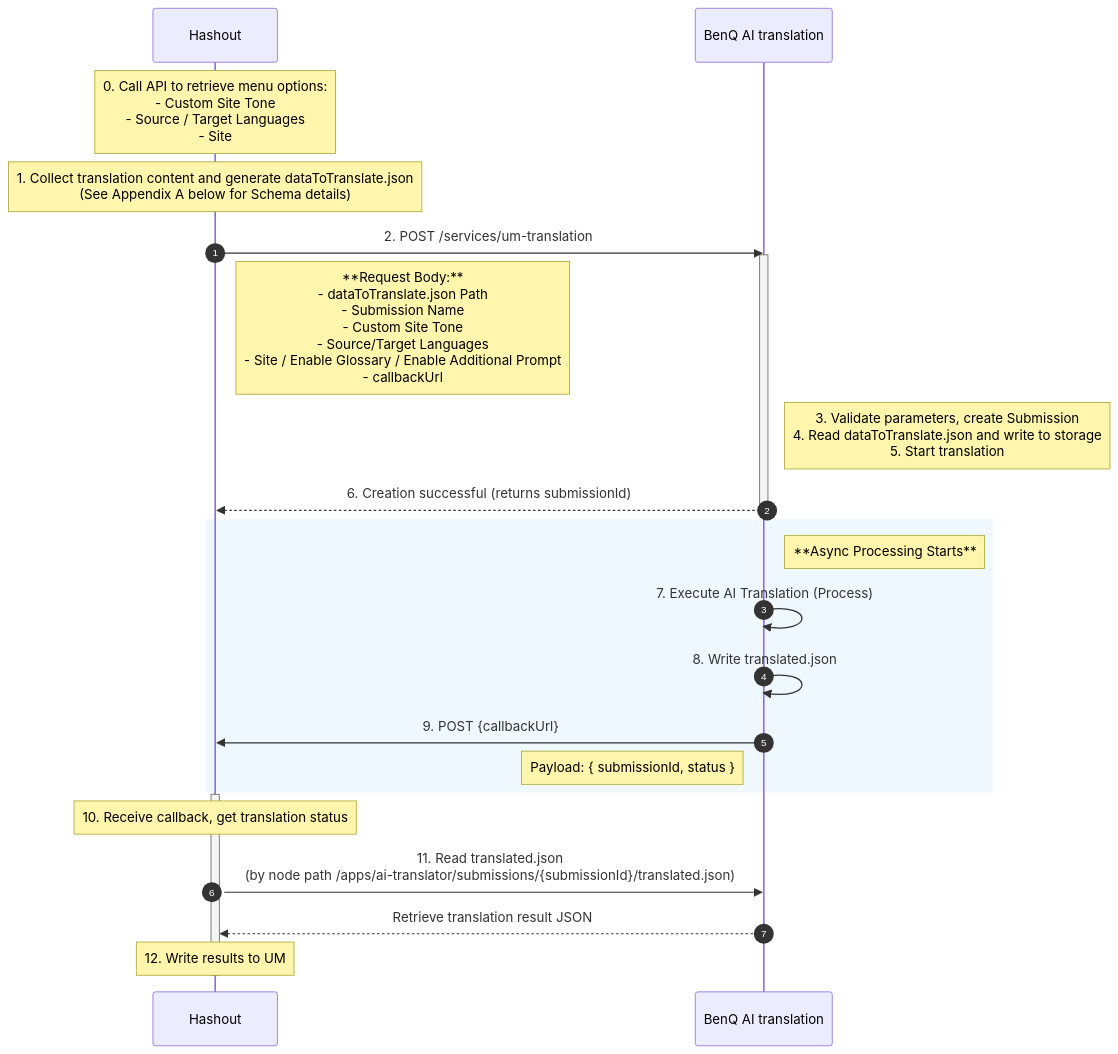
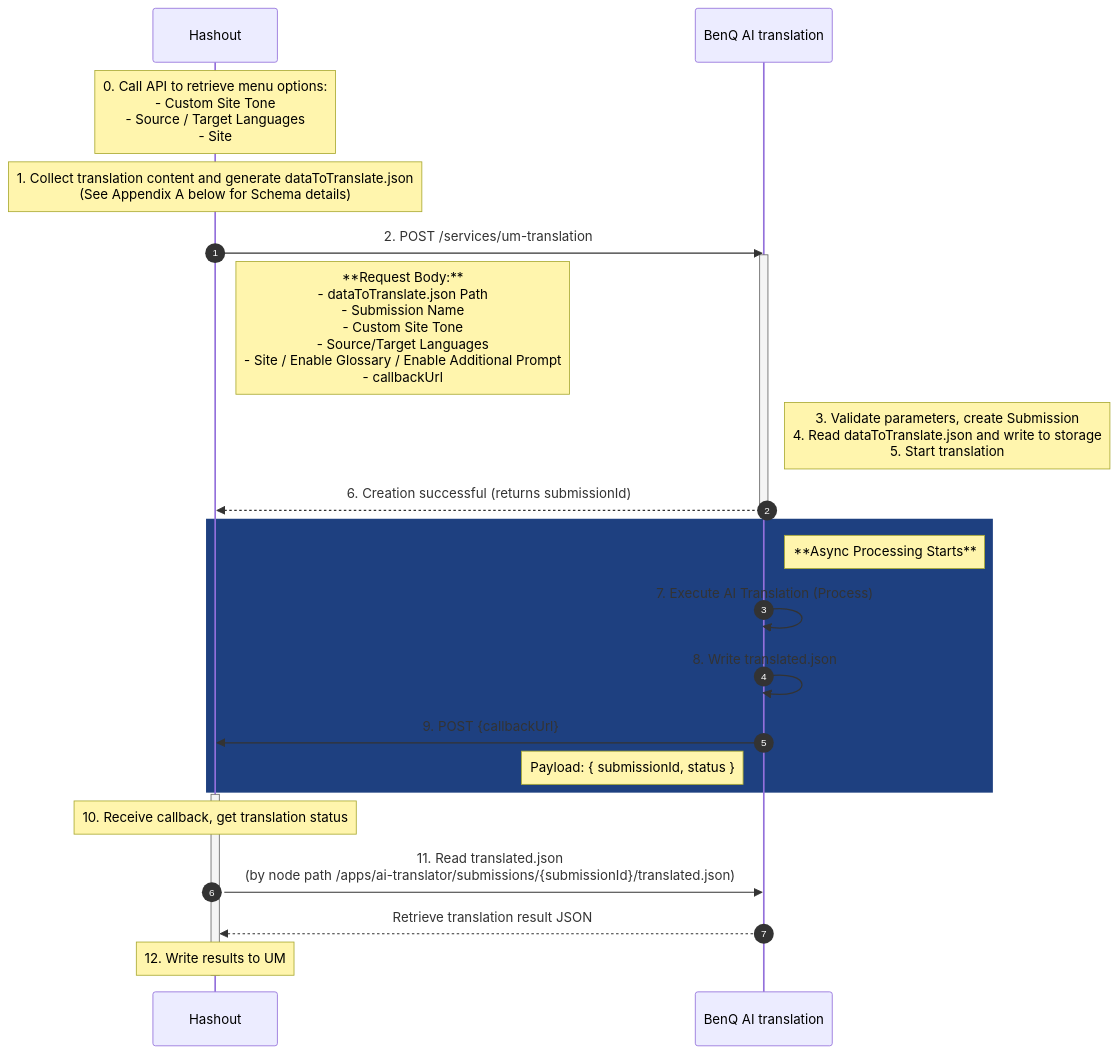
Before and after one commit to charlie-yc-tsai/aem: the diagram in hashoutToBenq.md, drawn with Mermaid. The commit also changed other lines of this file, not shown here.

````diff
--- a/hashoutToBenq.md
+++ b/hashoutToBenq.md
@@ -3,38 +3,38 @@
 ```mermaid
 sequenceDiagram
     autonumber
     participant Vendor as Hashout
     participant System as BenQ AI translation
 
     Note over Vendor: 0. Call API to retrieve menu options:<br/>- Custom Site Tone<br/>- Source / Target Languages<br/>- Site
     Note over Vendor: 1. Collect translation content and generate dataToTranslate.json<br/>(See Appendix A below for Schema details)
 
     %% Optimization: Separate path and Payload for better readability
     Vendor->>System: 2. POST /services/um-translation
     activate System
     
     %% Optimization: Use Note to list parameters to avoid widening the sequence diagram
     Note right of Vendor: **Request Body:**<br/>- dataToTranslate.json Path<br/>- Submission Name<br/>- Custom Site Tone<br/>- Source/Target Languages<br/>- Site / Enable Glossary / Enable Additional Prompt<br/>- callbackUrl
 
     Note right of System: 3. Validate parameters, create Submission<br/>4. Read dataToTranslate.json and write to storage<br/>5. Start translation
     
     System-->>Vendor: 6. Creation successful (returns submissionId)
     deactivate System
 
-    rect rgb(240, 248, 255)
+    rect rgb(30, 64, 128)
         Note right of System: **Async Processing Starts**
         System->>System: 7. Execute AI Translation (Process)
         System->>System: 8. Write translated.json
         
         %% Comment: Specifying callback parameters here helps development
         System->>Vendor: 9. POST {callbackUrl}
         Note left of System: Payload: { submissionId, status }
     end
     
     activate Vendor
     Note over Vendor: 10. Receive callback, get translation status
     Vendor->>System: 11. Read translated.json<br/>(by node path /apps/ai-translator/submissions/{submissionId}/translated.json)
     System-->>Vendor: Retrieve translation result JSON
     Note over Vendor: 12. Write results to UM
     deactivate Vendor
 ```
````
